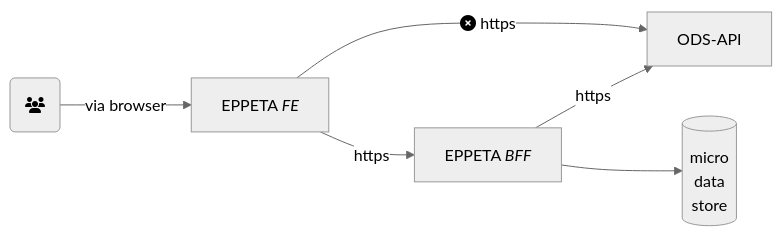
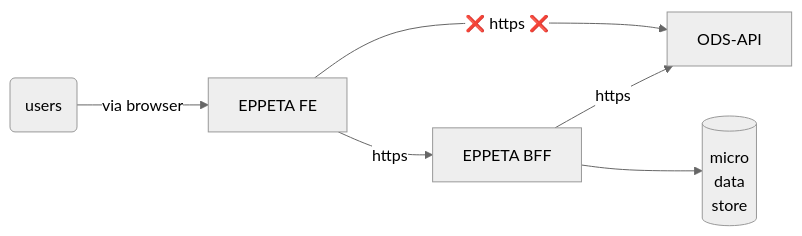
The first of 3 diagrams in docs/system-architecture.md (Ed-Fi-Exchange-OSS/EvaluationTracker), drawn with Mermaid (neutral theme) before and after one commit.

Commit message:
Remove font awesome and markdown

````diff
--- a/docs/system-architecture.md
+++ b/docs/system-architecture.md
@@ -9,11 +9,11 @@
 ```mermaid
 flowchart LR
-    A(fa:fa-users) -->|via browser| B["`EPPETA *FE*`"]
-    B -->|fa:fa-times-circle https| C[ODS-API]
-    B -->|https| D["`EPPETA *BFF*`"]
+    A(users) -->|via browser| B["EPPETA FE"]
+    B -->|❌ https ❌| C[ODS-API]
+    B -->|https| D["EPPETA BFF"]
     D -->|https| C
 
-    D --> E[("`micro
+    D --> E[("micro
 data
-store`")]
+store")]
 ```
````
